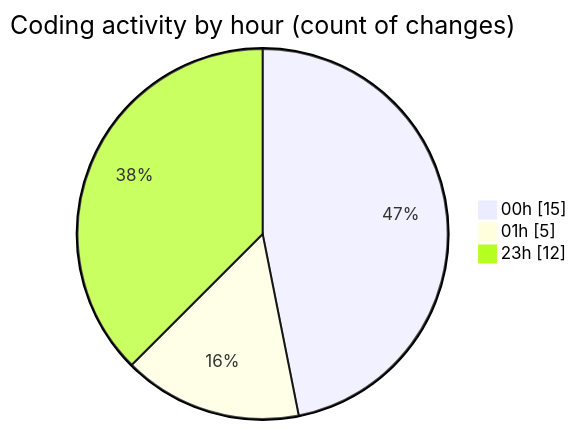
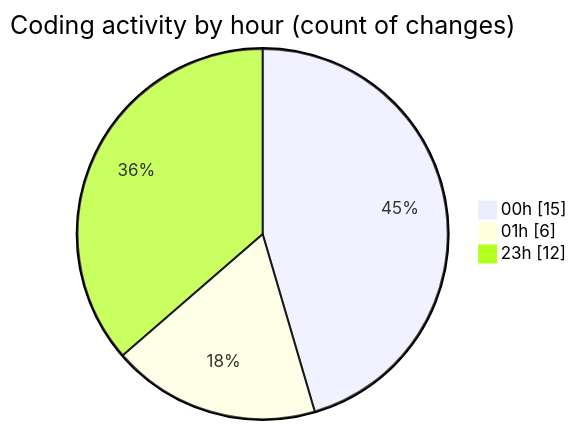
The second of 2 diagrams in 2025-10-31/eventscop-frontend-guide__workspace_/README.md (julien-gomy/code-tracking), drawn with Mermaid before and after one commit. The commit also changed other lines of this file and 1 other file, not shown here.

````diff
--- a/2025-10-31/eventscop-frontend-guide__workspace_/README.md
+++ b/2025-10-31/eventscop-frontend-guide__workspace_/README.md
@@ -37,7 +37,7 @@
 ```mermaid
 pie showData
 title Coding activity by hour (count of changes)
 "00h" : 15
-"01h" : 5
+"01h" : 6
 "23h" : 12
 ```
````
